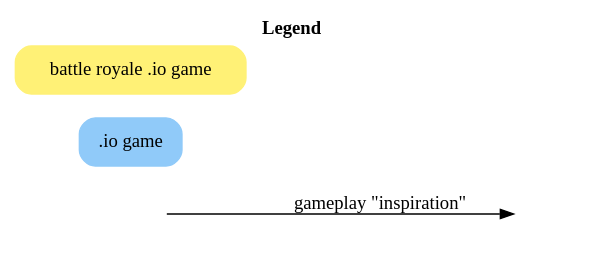
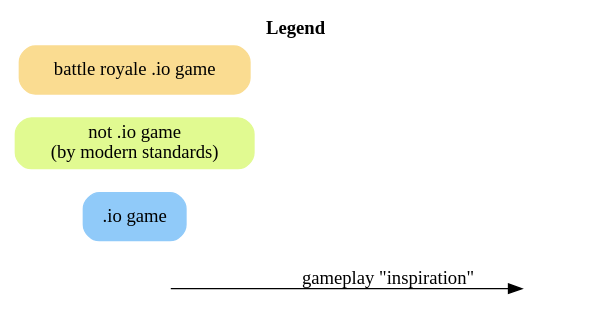
The diagram in legend.gv (getkey/io-game-history), drawn with Graphviz before and after one commit. The commit also changed 3 other files, not shown here.

```diff
--- a/legend.gv
+++ b/legend.gv
@@ -1,13 +1,14 @@
 digraph legend {
 	labelloc=t;
     label=<<b>Legend</b>>;
 	rankdir=LR;
 
 	a [style=invis]
 	b [style=invis];
 
 	".io game" [color="#90caf9", style="rounded, filled", shape=box];
-	"battle royale .io game" [color="#fff176", style="rounded, filled", shape=box];
+	"not .io game\n(by modern standards)" [color="#E1FA91", style="rounded, filled", shape=box];
+	"battle royale .io game" [color="#FADC91", style="rounded, filled", shape=box];
 
 	a -> b [label="gameplay \"inspiration\""];
 }
```
